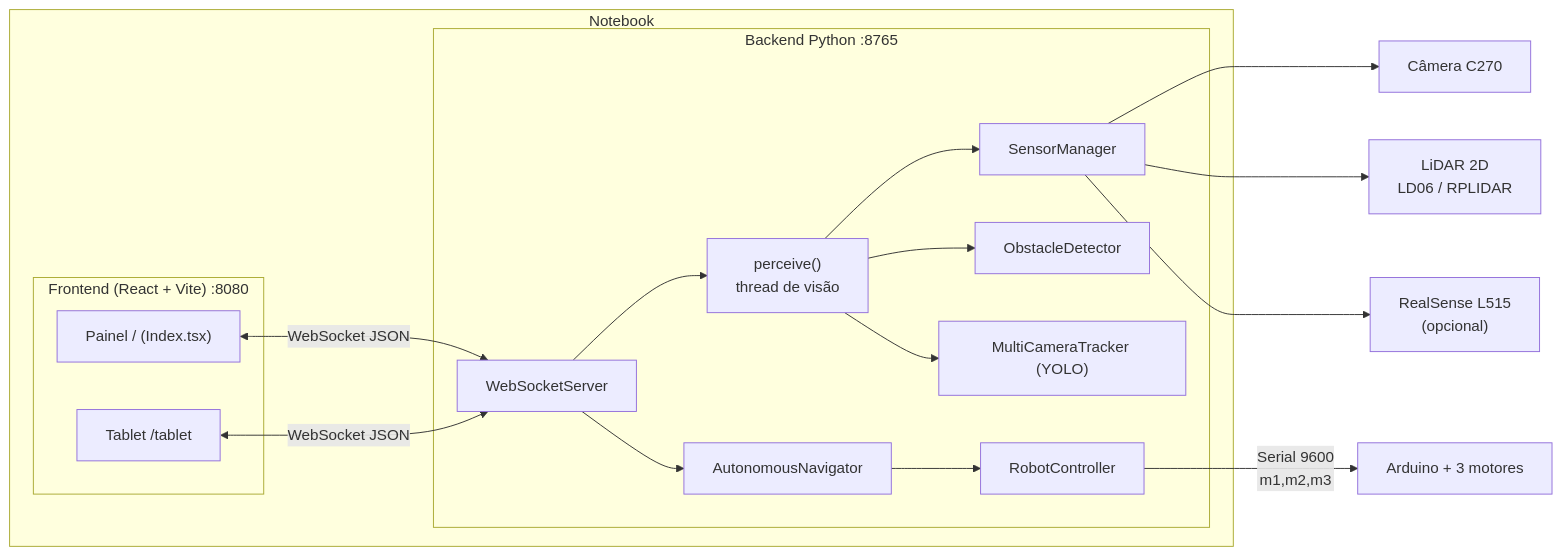
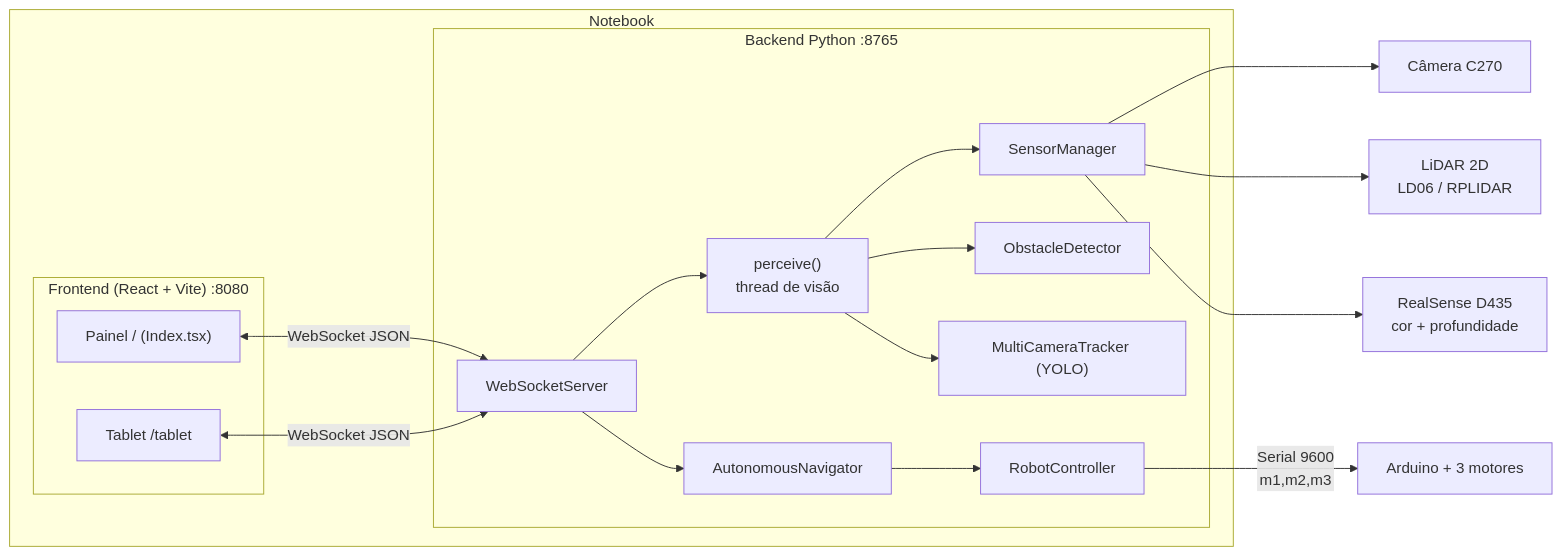
The first of 2 diagrams in DOCUMENTACAO.md (Robo-Ras/ras-2.0), drawn with Mermaid before and after one commit. The commit also changed other lines of this file and 13 other files, not shown here.

First line of the commit message:
Câmeras do robô: C270 + RealSense D435 (L515 sai)

````diff
--- a/DOCUMENTACAO.md
+++ b/DOCUMENTACAO.md
@@ -71,29 +71,29 @@
 ```mermaid
 flowchart LR
     subgraph Notebook
         subgraph Frontend["Frontend (React + Vite) :8080"]
             UI["Painel / (Index.tsx)"]
             TAB["Tablet /tablet"]
         end
         subgraph Backend["Backend Python :8765"]
             WS["WebSocketServer"]
             PER["perceive()<br/>thread de visão"]
             NAV["AutonomousNavigator"]
             DET["ObstacleDetector"]
             RC["RobotController"]
             SM["SensorManager"]
             YOLO["MultiCameraTracker (YOLO)"]
         end
     end
 
     UI <-- "WebSocket JSON" --> WS
     TAB <-- "WebSocket JSON" --> WS
     WS --> PER --> SM
     PER --> DET
     PER --> YOLO
     WS --> NAV --> RC
     SM --> C270["Câmera C270"]
     SM --> LIDAR["LiDAR 2D<br/>LD06 / RPLIDAR"]
-    SM --> L515["RealSense L515<br/>(opcional)"]
+    SM --> D435["RealSense D435<br/>cor + profundidade"]
     RC -- "Serial 9600<br/>m1,m2,m3" --> ARD["Arduino + 3 motores"]
 ```
````
